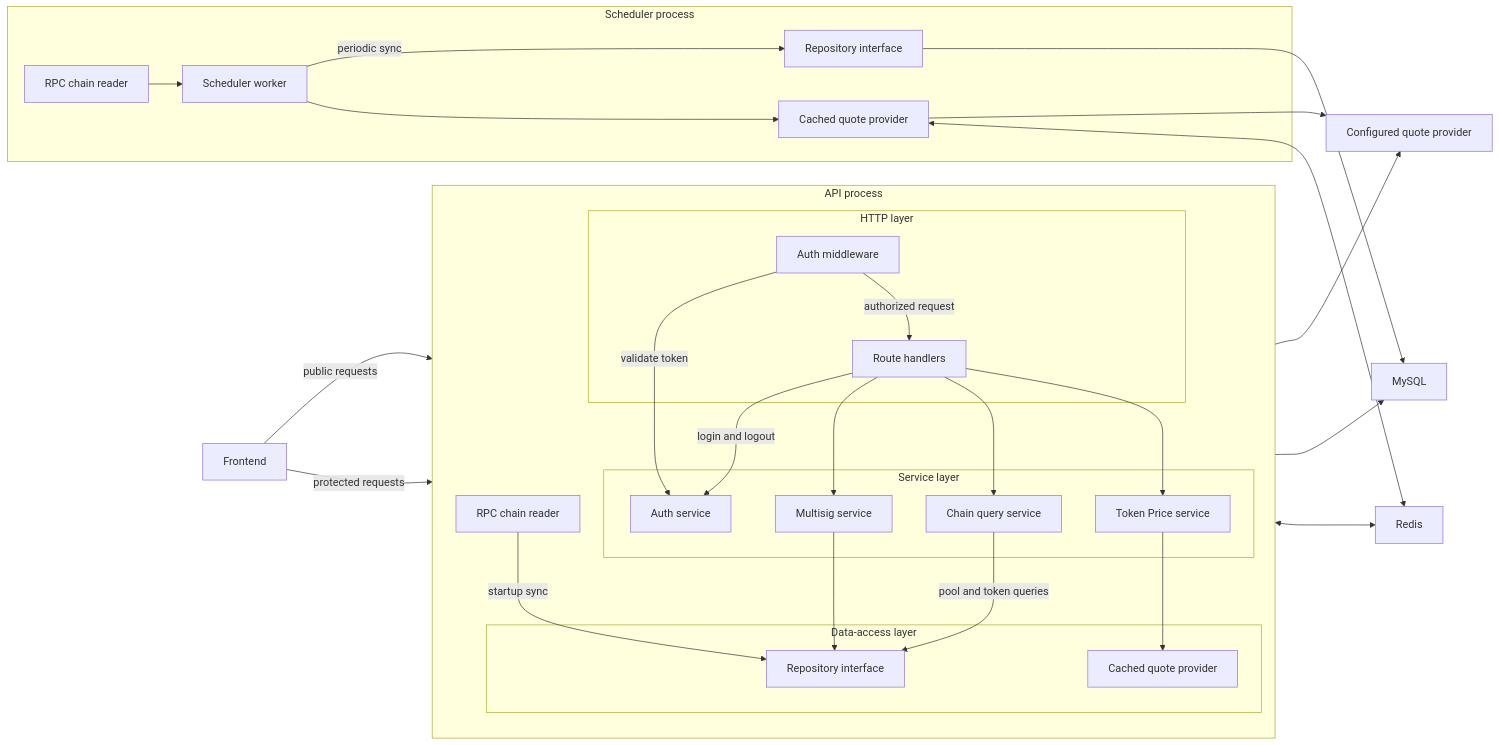
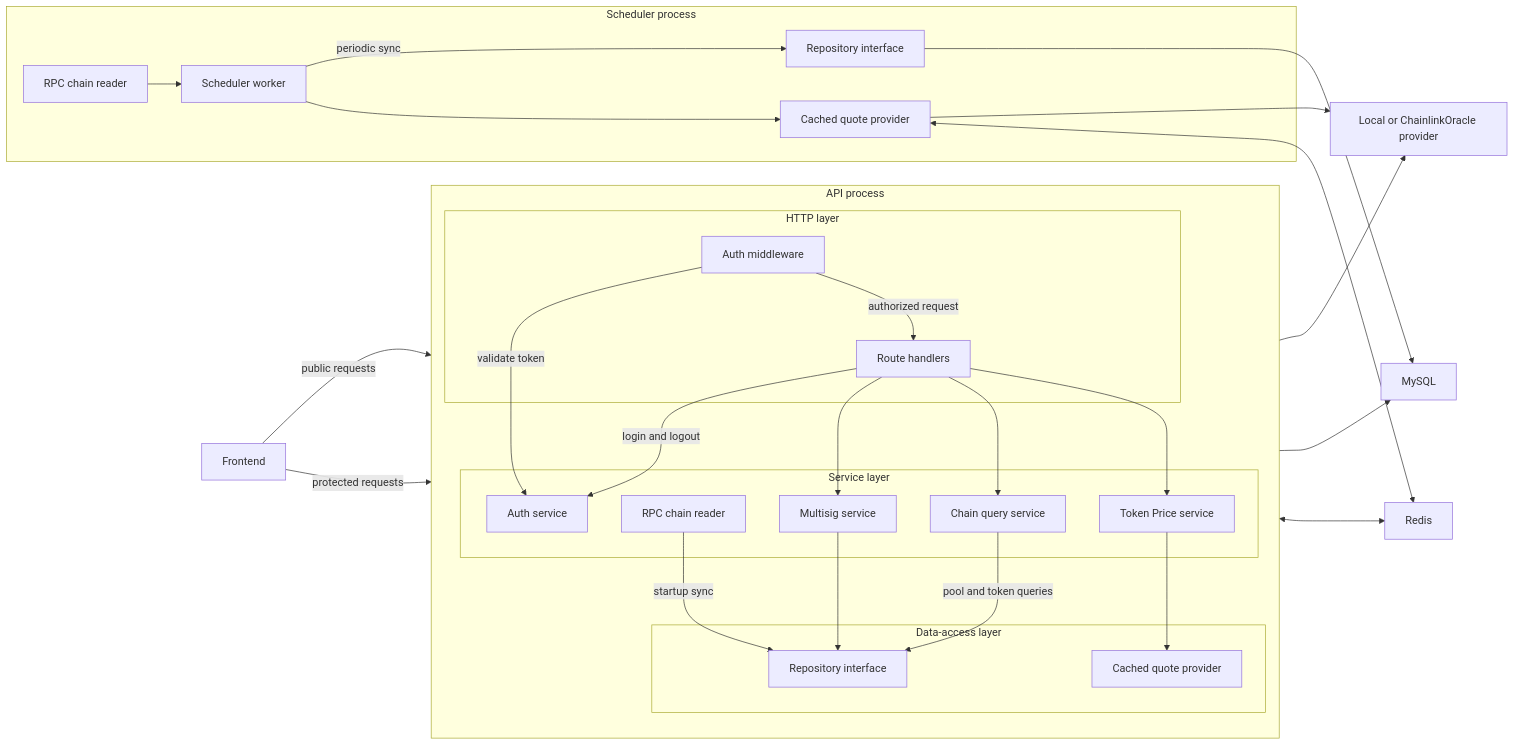
One commit to lancechuangdev/prism changed the diagram in backend/README.md. Above: the diagram before and after it, drawn with Mermaid. The commit also changed other lines of this file and 23 other files, not shown here.

Commit message:
implemented the backend migration from the external HTTP quote service to the deployed ChainlinkOracle.

````diff
--- a/backend/README.md
+++ b/backend/README.md
@@ -22,49 +22,50 @@
 ```mermaid
 flowchart LR
   Client[Frontend] -->|public requests| Routes
   Client -->|protected requests| AuthMiddleware
 
   subgraph APIProcess[API process]
     direction TB
     subgraph HTTPAPI[HTTP layer]
       AuthMiddleware[Auth middleware]
       Routes[Route handlers]
       AuthMiddleware -->|authorized request| Routes
     end
 
     subgraph APIServices[Service layer]
       Auth[Auth service]
       ChainService[Chain query service]
       MultiSig[Multisig service]
       PriceService[Token Price service]
+      RPCChainA[RPC chain reader]
     end
 
     subgraph APIData[Data-access layer]
       APIRepo[Repository interface]
       APICachedQuoteProvider[Cached quote provider]
     end
 
     Routes -->|login and logout| Auth
     AuthMiddleware -->|validate token| Auth
     Routes --> ChainService
     Routes --> MultiSig
     Routes --> PriceService
     ChainService -->|pool and token queries| APIRepo
     MultiSig --> APIRepo
     PriceService --> APICachedQuoteProvider
     RPCChainA[RPC chain reader] -->|startup sync| APIRepo
   end
 
   subgraph SchedulerProcess[Scheduler process]
     Scheduler[Scheduler worker] -->|periodic sync| SchedulerRepo[Repository interface]
     RPCChainS[RPC chain reader] --> Scheduler
     Scheduler --> SchedulerCachedQuoteProvider[Cached quote provider]
   end
 
-  APICachedQuoteProvider --> QuoteProvider[Configured quote provider]
+  APICachedQuoteProvider --> QuoteProvider[Local or ChainlinkOracle provider]
   SchedulerCachedQuoteProvider --> QuoteProvider
   APIRepo --> MySQL
   SchedulerRepo --> MySQL
   APICachedQuoteProvider <--> Redis
   SchedulerCachedQuoteProvider <--> Redis
 ```
````
